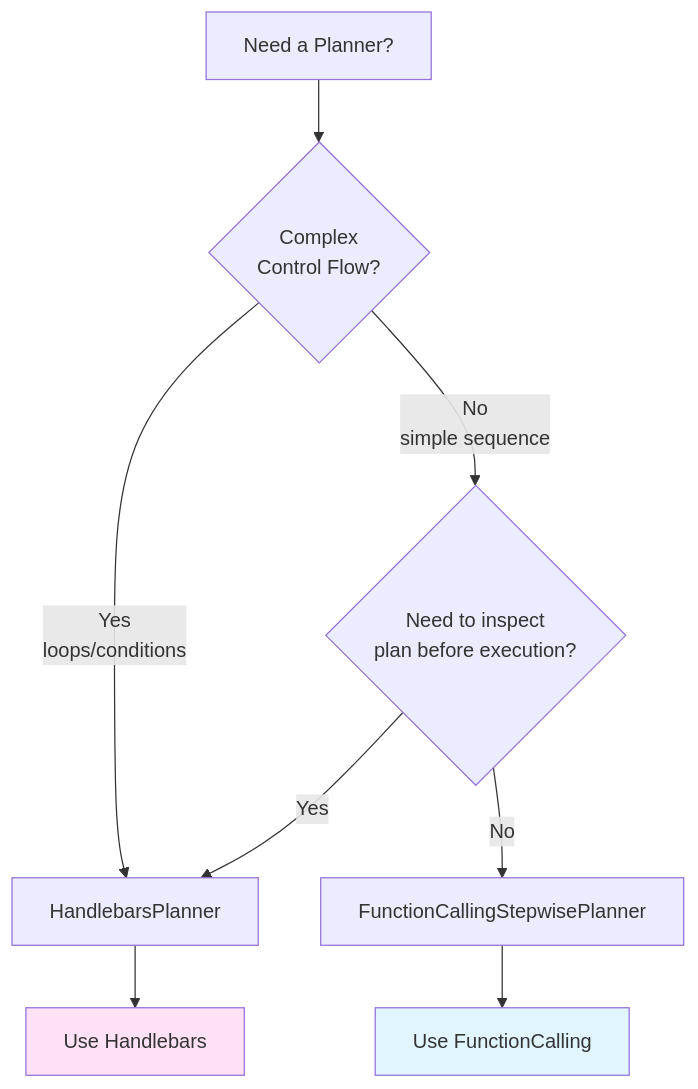
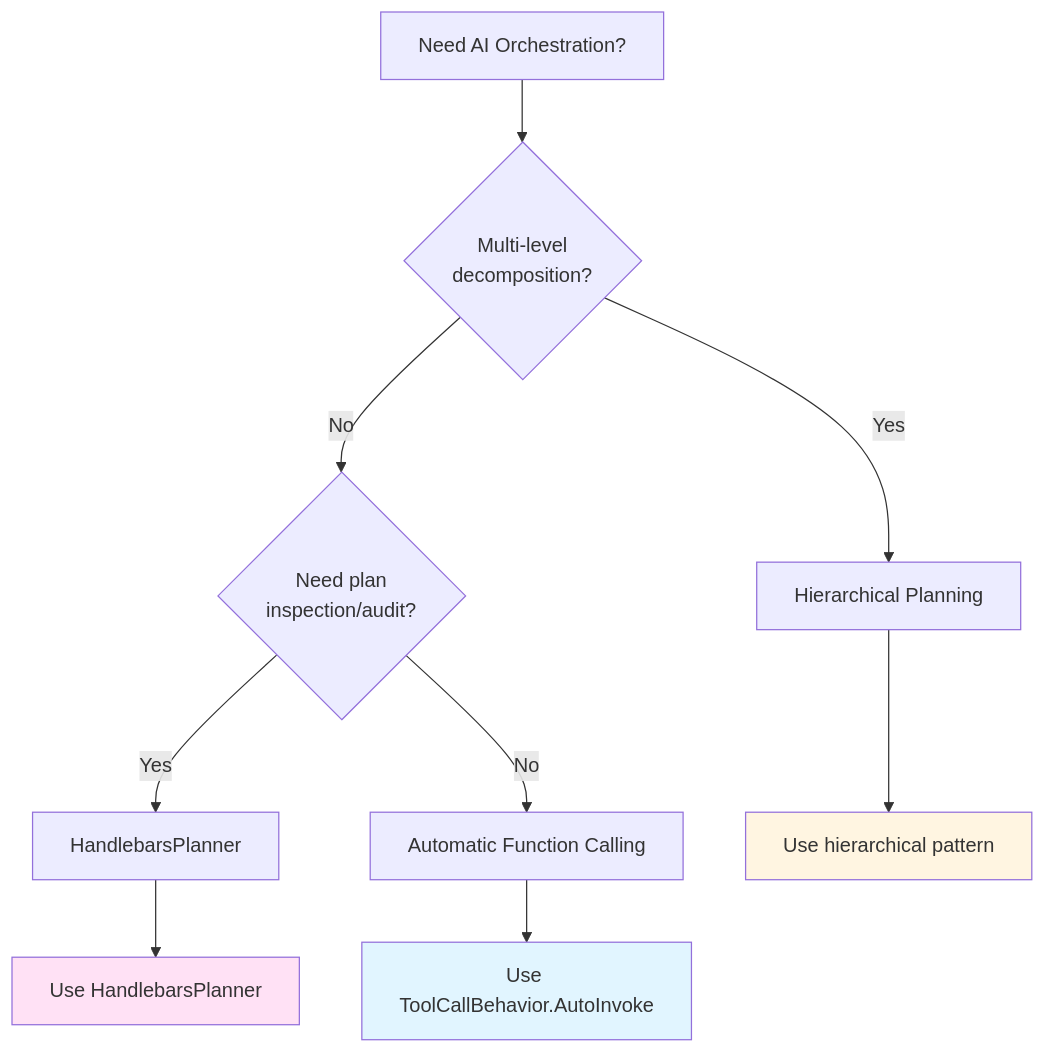
One commit to asyrovprog/learn_sk changed the diagram in learn/learn04.md. Above: the diagram before and after it, drawn with Mermaid. The commit also changed other lines of this file and 27 other files, not shown here.

````diff
--- a/learn/learn04.md
+++ b/learn/learn04.md
@@ -602,14 +821,16 @@
 ```mermaid
 graph TD
-    A[Need a Planner?] --> B{Complex<br/>Control Flow?}
-    B -->|Yes<br/>loops/conditions| C[HandlebarsPlanner]
-    B -->|No<br/>simple sequence| D{Need to inspect<br/>plan before execution?}
-    D -->|Yes| C
-    D -->|No| E[FunctionCallingStepwisePlanner]
+    A[Need AI Orchestration?] --> B{Multi-level<br/>decomposition?}
+    B -->|Yes| C[Hierarchical Planning]
+    B -->|No| D{Need plan<br/>inspection/audit?}
+    D -->|Yes| E[HandlebarsPlanner]
+    D -->|No| F[Automatic Function Calling]
     
-    C --> F[Use Handlebars]
-    E --> G[Use FunctionCalling]
+    C --> G[Use hierarchical pattern]
+    E --> H[Use HandlebarsPlanner]
+    F --> I[Use ToolCallBehavior.AutoInvoke]
     
-    style G fill:#e1f5ff
-    style F fill:#ffe1f5
+    style I fill:#e1f5ff
+    style H fill:#ffe1f5
+    style G fill:#fff5e1
 ```
````
